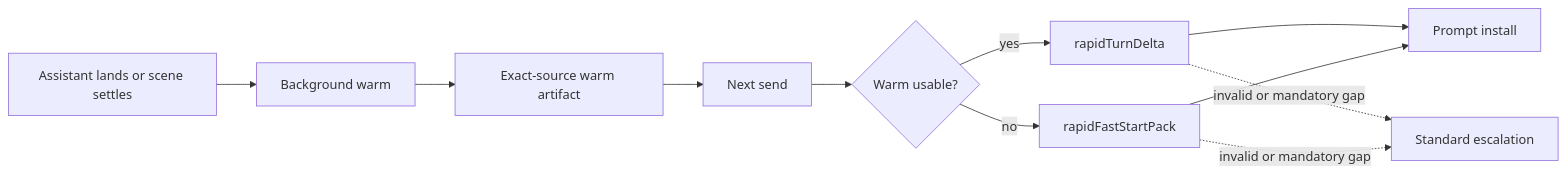
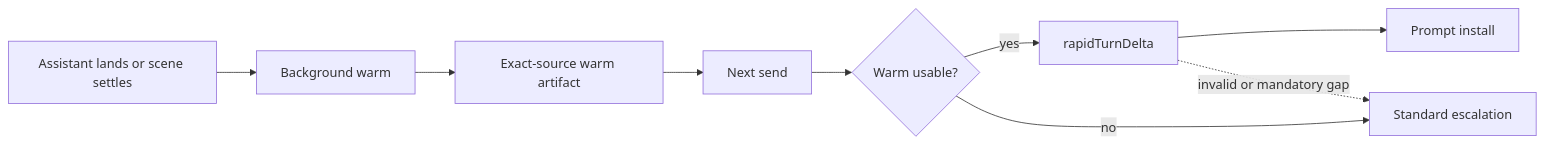
The third of 4 diagrams in docs/technical/RECURSION_TECHNICAL_MANUAL.md (MentallyQuill/Recursion), drawn with Mermaid before and after one commit. The commit also changed other lines of this file and 42 other files, not shown here.

````diff
--- a/docs/technical/RECURSION_TECHNICAL_MANUAL.md
+++ b/docs/technical/RECURSION_TECHNICAL_MANUAL.md
@@ -49,13 +49,11 @@
 ```mermaid
 flowchart LR
     Settle["Assistant lands or scene settles"] --> Warm["Background warm"]
     Warm --> Artifact["Exact-source warm artifact"]
     Artifact --> Send["Next send"]
     Send --> Check{"Warm usable?"}
     Check -- "yes" --> Delta["rapidTurnDelta"]
-    Check -- "no" --> FastStart["rapidFastStartPack"]
+    Check -- "no" --> Standard["Standard escalation"]
     Delta --> Install["Prompt install"]
-    FastStart --> Install
     Delta -. "invalid or mandatory gap" .-> Standard["Standard escalation"]
-    FastStart -. "invalid or mandatory gap" .-> Standard
 ```
````
